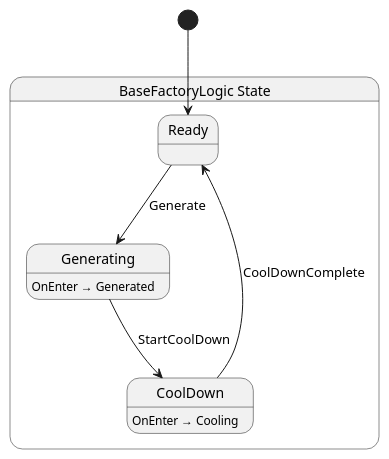
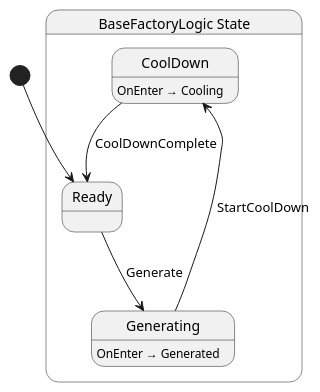
One commit to Ygoat/EternalJourney changed the diagram in src/common/base_factory/state/BaseFactoryLogic.g.puml. Above: the diagram before and after it, drawn with PlantUML. The commit also changed other lines of this file and 18 other files, not shown here.

```diff
--- a/src/common/base_factory/state/BaseFactoryLogic.g.puml
+++ b/src/common/base_factory/state/BaseFactoryLogic.g.puml
@@ -1,16 +1,16 @@
 @startuml BaseFactoryLogic
 state "BaseFactoryLogic State" as EternalJourney_Common_BaseFactory_State_BaseFactoryLogic_State {
+  state "CoolDown" as EternalJourney_Common_BaseFactory_State_BaseFactoryLogic_State_CoolDown
+  state "Generating" as EternalJourney_Common_BaseFactory_State_BaseFactoryLogic_State_Generating
   state "Ready" as EternalJourney_Common_BaseFactory_State_BaseFactoryLogic_State_Ready
-  state "Generating" as EternalJourney_Common_BaseFactory_State_BaseFactoryLogic_State_Generating
-  state "CoolDown" as EternalJourney_Common_BaseFactory_State_BaseFactoryLogic_State_CoolDown
 }
 
 EternalJourney_Common_BaseFactory_State_BaseFactoryLogic_State_CoolDown --> EternalJourney_Common_BaseFactory_State_BaseFactoryLogic_State_Ready : CoolDownComplete
 EternalJourney_Common_BaseFactory_State_BaseFactoryLogic_State_Generating --> EternalJourney_Common_BaseFactory_State_BaseFactoryLogic_State_CoolDown : StartCoolDown
 EternalJourney_Common_BaseFactory_State_BaseFactoryLogic_State_Ready --> EternalJourney_Common_BaseFactory_State_BaseFactoryLogic_State_Generating : Generate
 
 EternalJourney_Common_BaseFactory_State_BaseFactoryLogic_State_CoolDown : OnEnter → Cooling
 EternalJourney_Common_BaseFactory_State_BaseFactoryLogic_State_Generating : OnEnter → Generated
 
 [*] --> EternalJourney_Common_BaseFactory_State_BaseFactoryLogic_State_Ready
 @enduml
```
